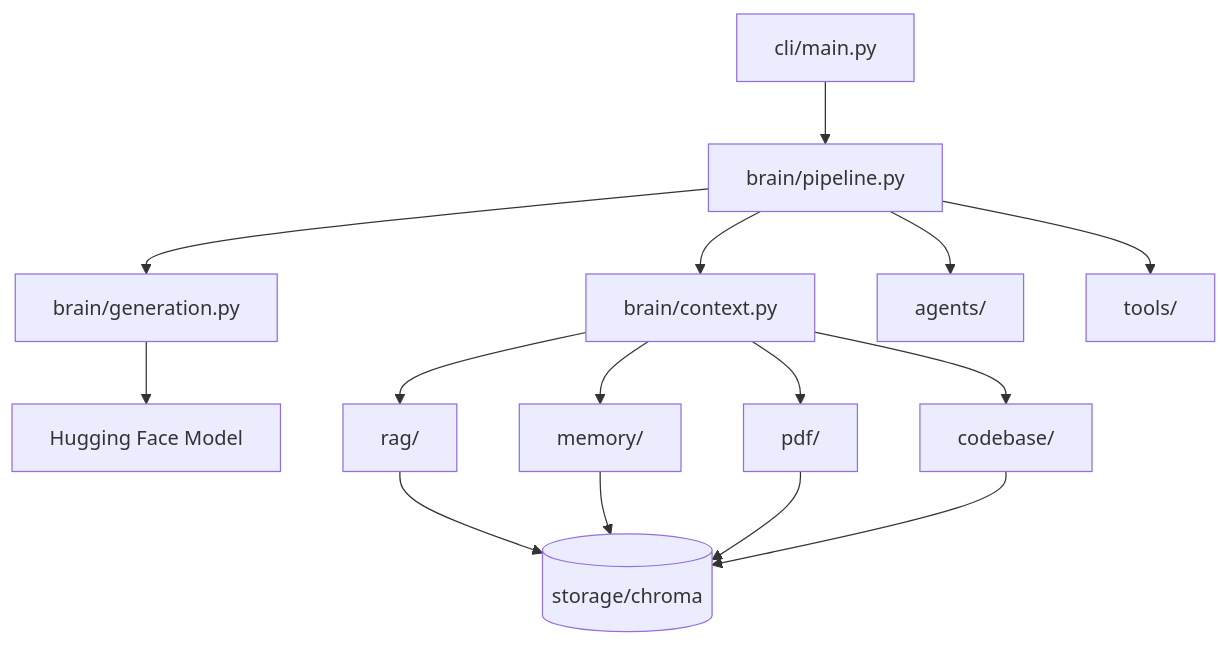
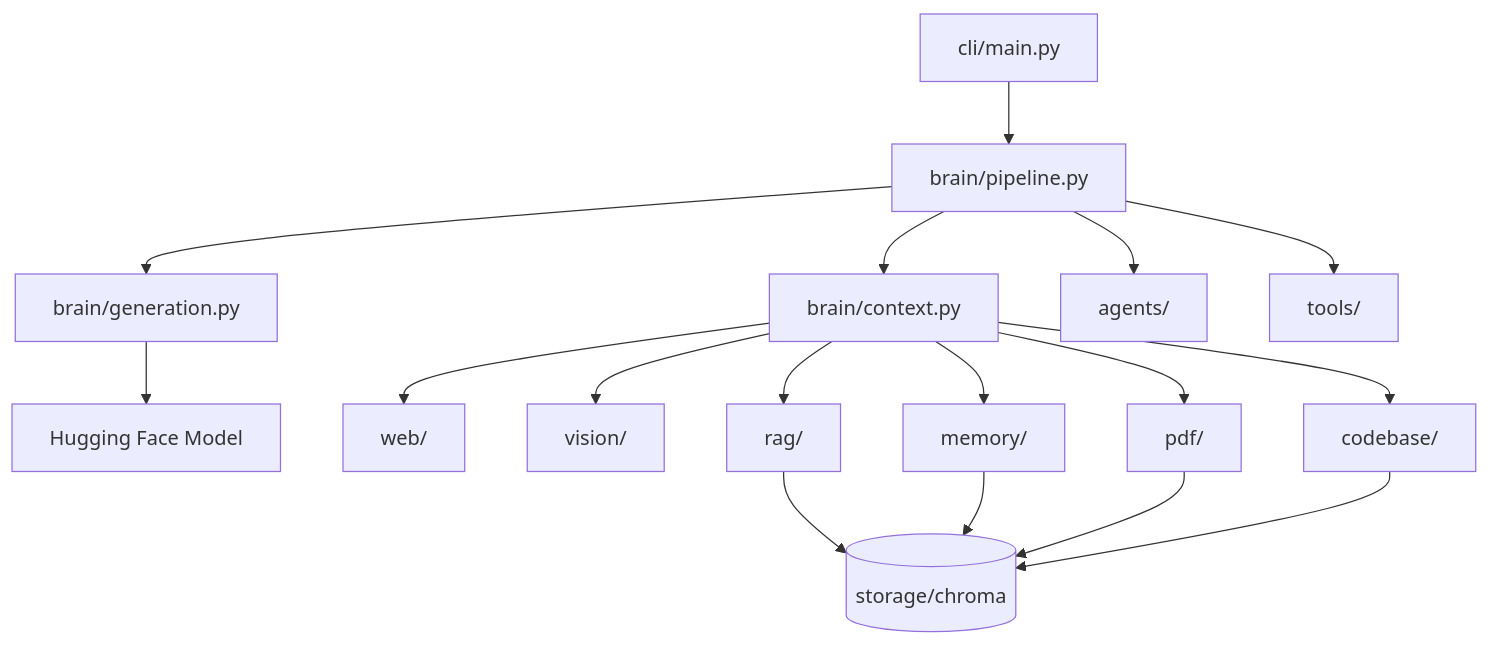
The diagram in README.md (dakxhie/zoe), drawn with Mermaid before and after one commit. The commit also changed other lines of this file and 64 other files, not shown here.

````diff
--- a/README.md
+++ b/README.md
@@ -11,30 +11,34 @@
 ```mermaid
 flowchart TD
     CLI[cli/main.py]
     Pipeline[brain/pipeline.py]
     Context[brain/context.py]
     Generation[brain/generation.py]
     LLM[Hugging Face Model]
     Agents[agents/]
     Tools[tools/]
+    Web[web/]
+    Vision[vision/]
     Notes[rag/]
     Memory[memory/]
     PDF[pdf/]
     Code[codebase/]
     Chroma[(storage/chroma)]
 
     CLI --> Pipeline
     Pipeline --> Tools
     Pipeline --> Agents
     Pipeline --> Context
     Pipeline --> Generation
     Generation --> LLM
     Context --> Notes
     Context --> Memory
     Context --> PDF
     Context --> Code
+    Context --> Web
+    Context --> Vision
     Notes --> Chroma
     Memory --> Chroma
     PDF --> Chroma
     Code --> Chroma
 ```
````
